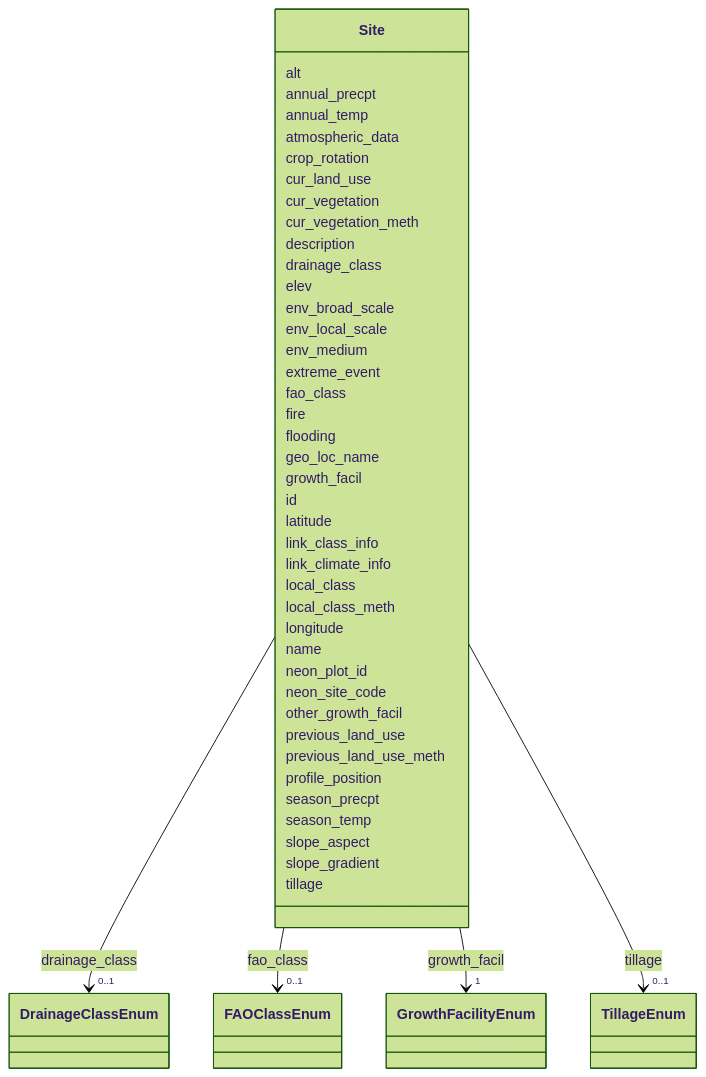
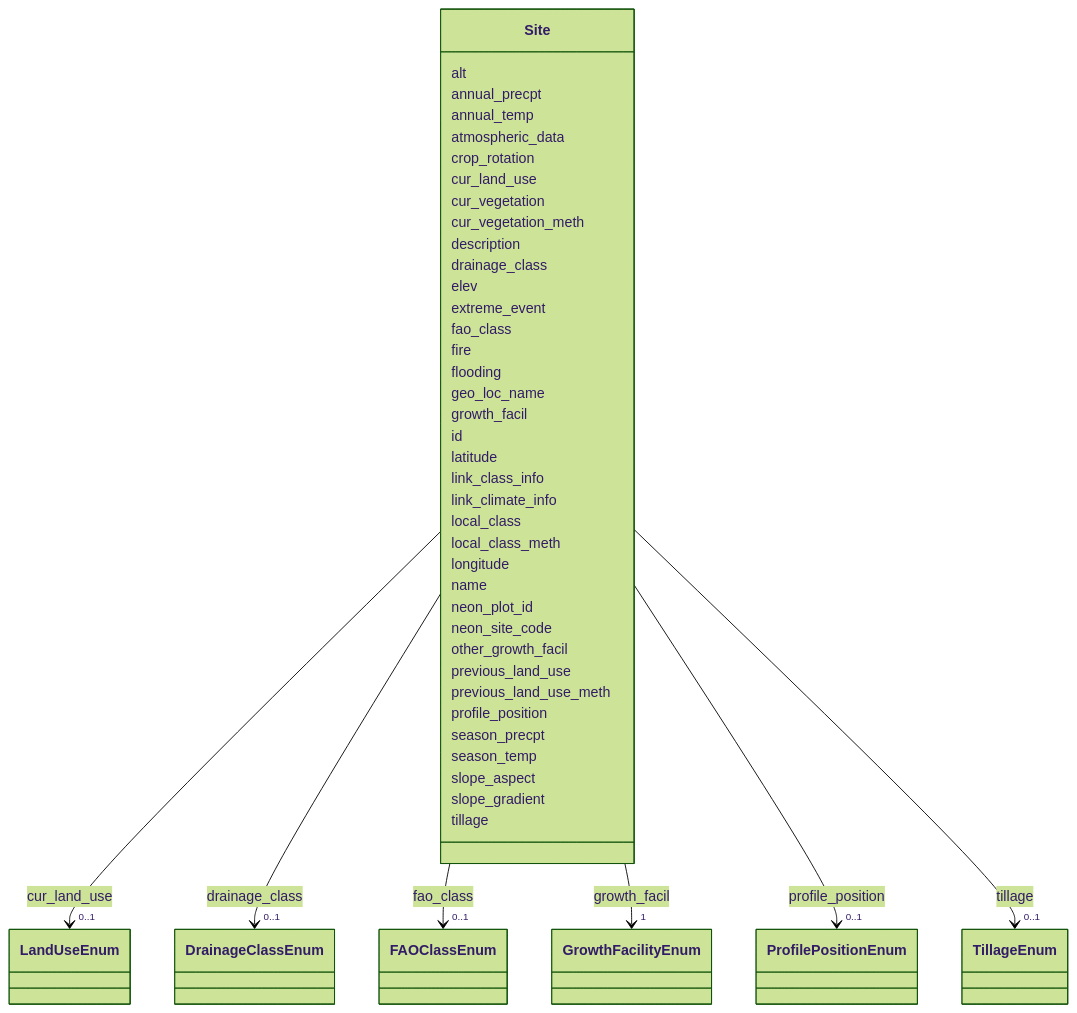
Before and after one commit to EMSL-Computing/BASALT-Schema: the diagram in docs/elements/Site.md, drawn with Mermaid (forest theme). The commit also changed other lines of this file and 388 other files, not shown here.

```diff
--- a/docs/elements/Site.md
+++ b/docs/elements/Site.md
@@ -34,6 +34,11 @@
         
           
     
+    
+    
+    
+    Site --> "0..1" LandUseEnum : cur_land_use
+    click LandUseEnum href "../LandUseEnum"
     
 
         
@@ -56,12 +61,6 @@
 
         
       Site : elev
-        
-      Site : env_broad_scale
-        
-      Site : env_local_scale
-        
-      Site : env_medium
         
       Site : extreme_event
         
@@ -131,6 +130,11 @@
           
     
     
+    
+    
+    Site --> "0..1" ProfilePositionEnum : profile_position
+    click ProfilePositionEnum href "../ProfilePositionEnum"
+    
 
         
       Site : season_precpt
```
